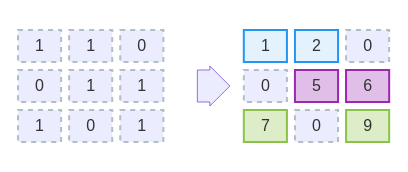
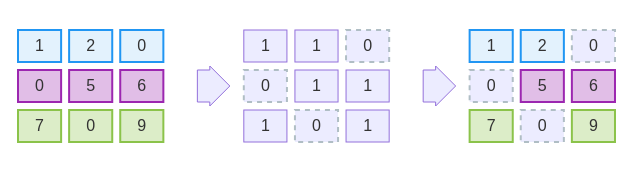
Before and after one commit to teenytinynn/from-neuron-to-chat: the diagram in mermaid-scripts/03-dropout.mmd, drawn with Mermaid. The commit also changed 8 other files, not shown here.

```diff
--- a/mermaid-scripts/03-dropout.mmd
+++ b/mermaid-scripts/03-dropout.mmd
@@ -1,47 +1,66 @@
 block-beta
 classDef transparent fill:white,stroke:white
 classDef in fill:#E3F2FD,stroke:#2196F3,stroke-width:2px;
 classDef model fill:#FFF9C4,stroke:#FBC02D,stroke-width:2px;
 classDef data fill:#E1BEE7,stroke:#9C27B0,stroke-width:2px;
 classDef test fill:#F8BBD0,stroke:#E91E63,stroke-width:2px;
 classDef out fill:#DCEDC8,stroke:#8BC34A,stroke-width:2px;
 classDef skip stroke:#B0BEC5,stroke-width:2px,stroke-dasharray: 5 5;
-columns 7
-block:image:3
+columns 11
+block:input:3
     columns 3
     x1["1"]
-    x2["1"]
+    x2["2"]
     x3["0"]
     x4["0"]
-    x5["1"]
-    x6["1"]
-    x7["1"]
+    x5["5"]
+    x6["6"]
+    x7["7"]
     x8["0"]
-    x9["1"]
+    x9["9"]
 end
-block:transfer:1
+block:transfer1:1
     columns 1
     space
     arrow1<["&nbsp;"]>(right)
+    space
+end
+block:image:3
+    columns 3
+    m1["1"]
+    m2["1"]
+    m3["0"]
+    m4["0"]
+    m5["1"]
+    m6["1"]
+    m7["1"]
+    m8["0"]
+    m9["1"]
+end
+block:transfer2:1
+    columns 1
+    space
+    arrow2<["&nbsp;"]>(right)
     space
 end
 block:flatten:3
     columns 3
     y1["1"]
     y2["2"]
     y3["0"]
     y4["0"]
     y5["5"]
     y6["6"]
     y7["7"]
     y8["0"]
     y9["9"]
-
 end
 
-class x1,x2,x5,x6,x7,x9 skip
-class x3,x4,x8,y3,y4,y8 skip
+class x1,x2,x3 in
+class x4,x5,x6 data
+class x7,x8,x9 out
+class m3,m4,m8,y3,y4,y8 skip
 class y1,y2 in
 class y5,y6 data
 class y7,y9 out
-class image,transfer,flatten transparent
+class input,transfer1,image,transfer2,flatten transparent
```
